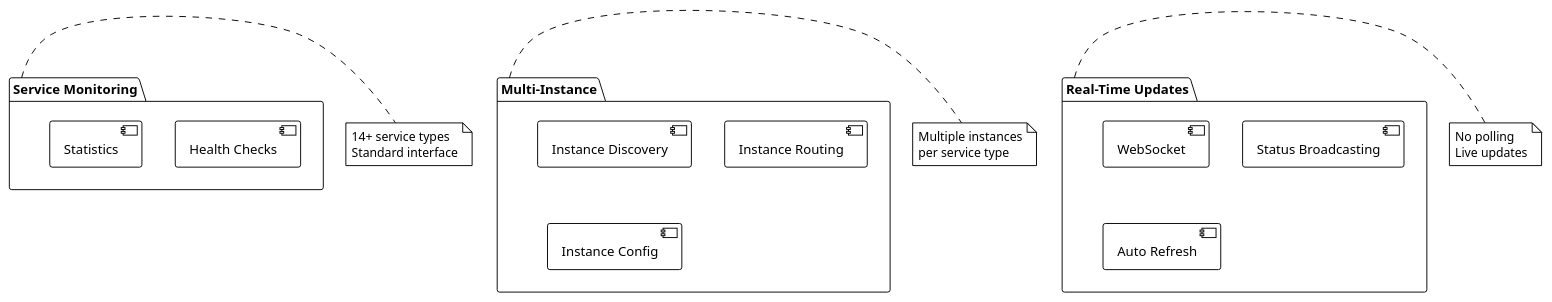
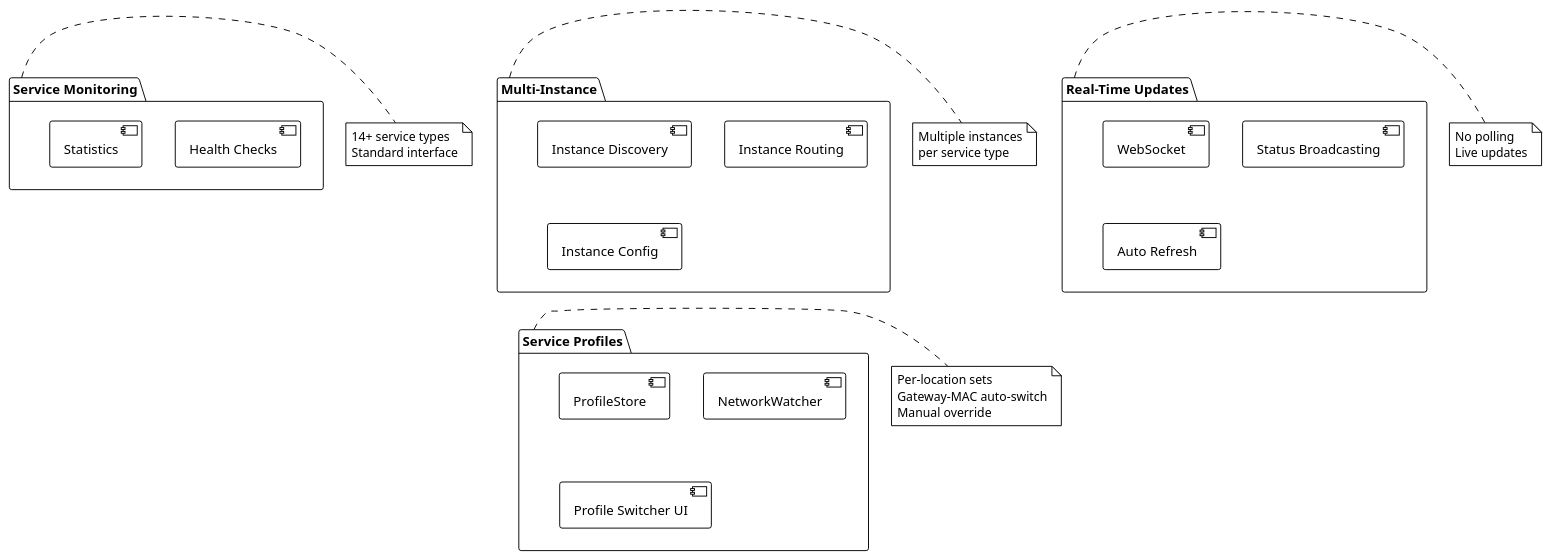
The first of 2 diagrams in docs/features/index.md (EraPartner/Watchman), drawn with PlantUML before and after one commit. The commit also changed other lines of this file and 45 other files, not shown here.

First line of the commit message:
feat(profiles): per-location service profiles with LAN auto-switch

````diff
--- a/docs/features/index.md
+++ b/docs/features/index.md
@@ -46,37 +47,49 @@
 ```plantuml
 @startuml
 !theme plain
 
 package "Service Monitoring" as SM {
     [Health Checks]
     [Statistics]
 }
 
 package "Multi-Instance" as MI {
     [Instance Discovery]
     [Instance Routing]
     [Instance Config]
 }
 
 package "Real-Time Updates" as RT {
     [WebSocket]
     [Status Broadcasting]
     [Auto Refresh]
 }
 
+package "Service Profiles" as PR {
+    [ProfileStore]
+    [NetworkWatcher]
+    [Profile Switcher UI]
+}
+
 note right of SM
   14+ service types
   Standard interface
 end note
 
 note right of MI
   Multiple instances
   per service type
 end note
 
 note right of RT
   No polling
   Live updates
 end note
+
+note right of PR
+  Per-location sets
+  Gateway-MAC auto-switch
+  Manual override
+end note
 @enduml
 ```
````
